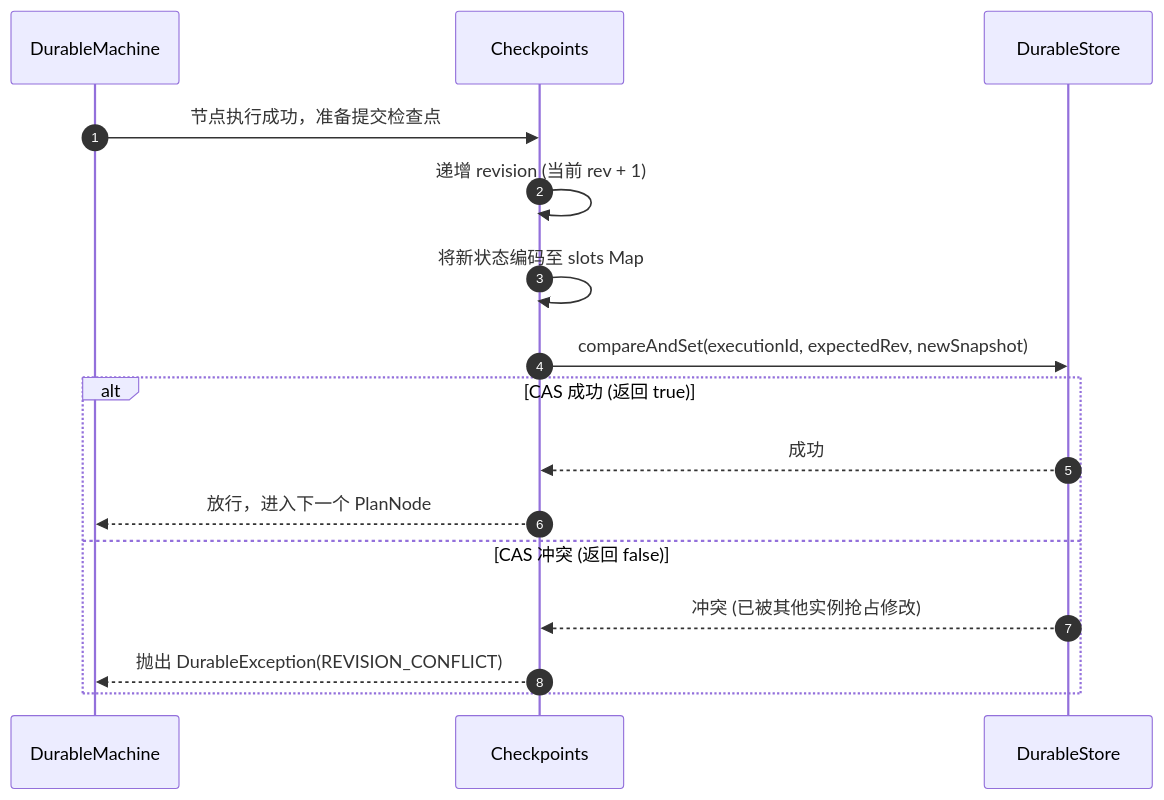
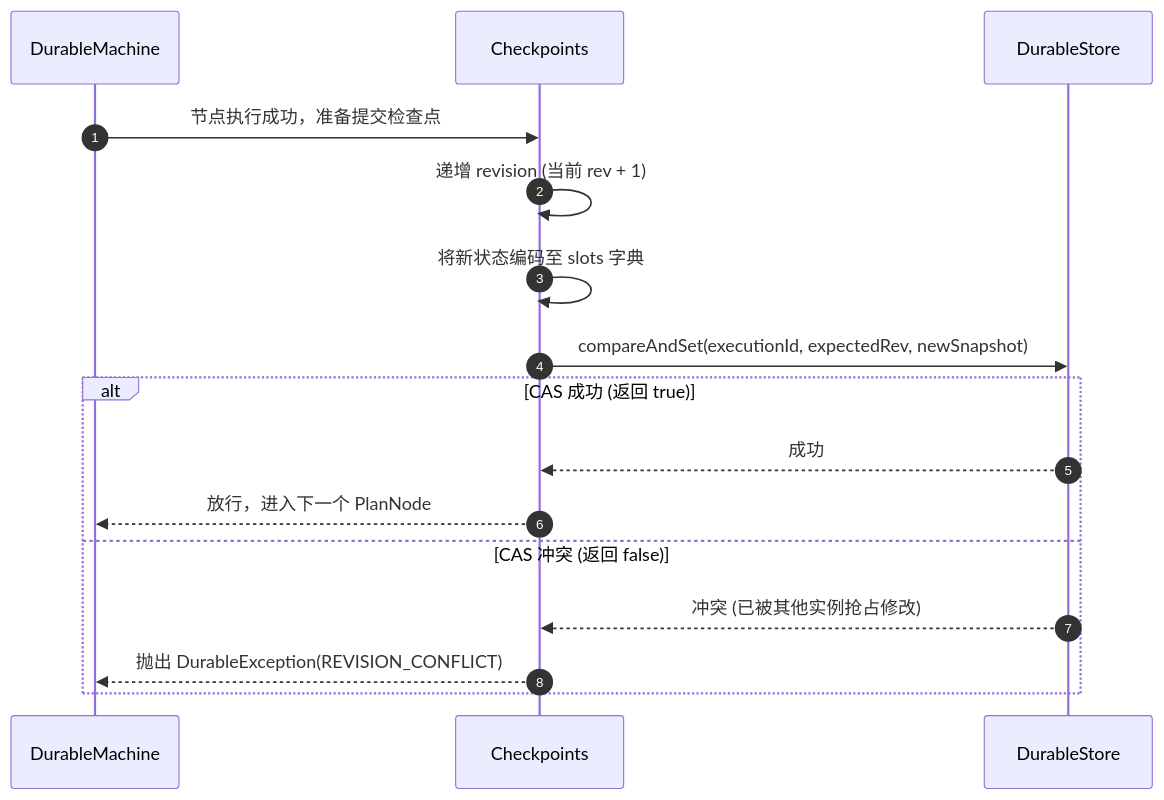
The third of 3 diagrams in docs/flow/flow-durable-core.md (team4u/team4u-framework), drawn with Mermaid before and after one commit. The commit also changed other lines of this file and 21 other files, not shown here.

Commit message:
docs(flow): deepen technical documentation across core, governance, durable, and testing

````diff
--- a/docs/flow/flow-durable-core.md
+++ b/docs/flow/flow-durable-core.md
@@ -70,20 +70,20 @@
 ```mermaid
 sequenceDiagram
     autonumber
     participant M as DurableMachine
     participant CK as Checkpoints
     participant DS as DurableStore
     
     M->>CK: 节点执行成功，准备提交检查点
     CK->>CK: 递增 revision (当前 rev + 1)
-    CK->>CK: 将新状态编码至 slots Map
+    CK->>CK: 将新状态编码至 slots 字典
     CK->>DS: compareAndSet(executionId, expectedRev, newSnapshot)
     
     alt CAS 成功 (返回 true)
         DS-->>CK: 成功
         CK-->>M: 放行，进入下一个 PlanNode
     else CAS 冲突 (返回 false)
         DS-->>CK: 冲突 (已被其他实例抢占修改)
         CK-->>M: 抛出 DurableException(REVISION_CONFLICT)
     end
 ```
````
